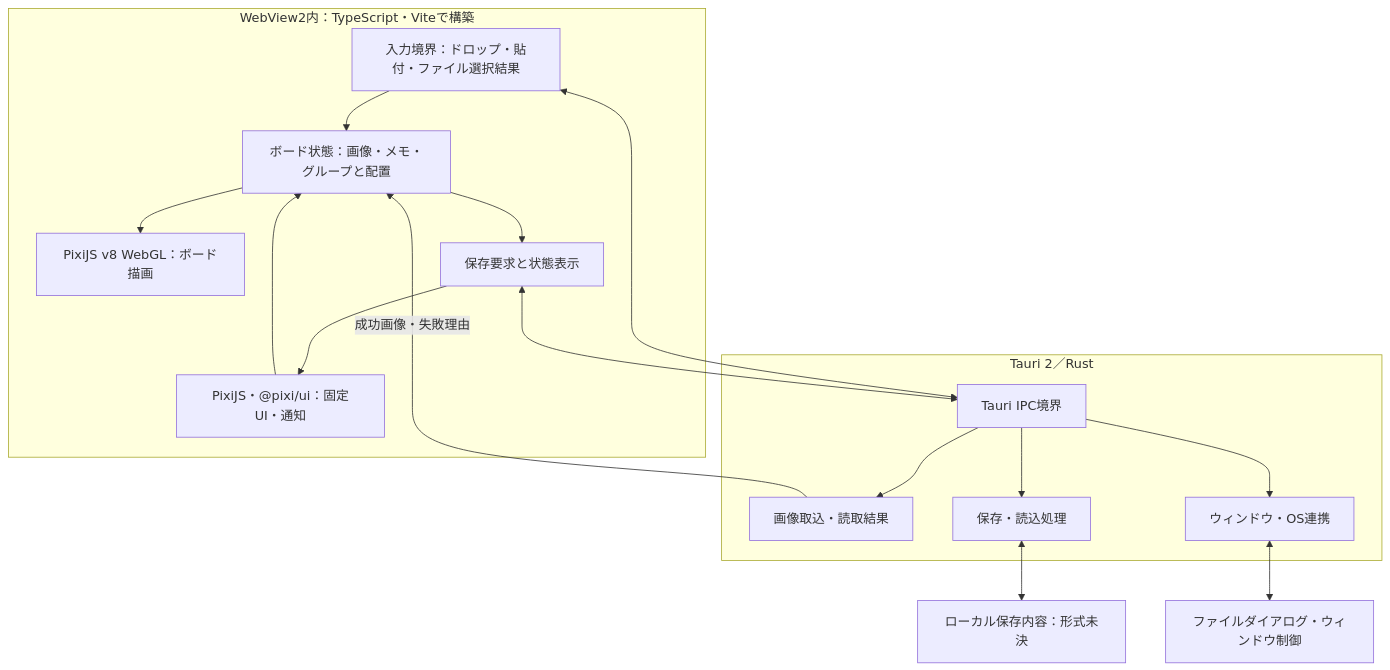
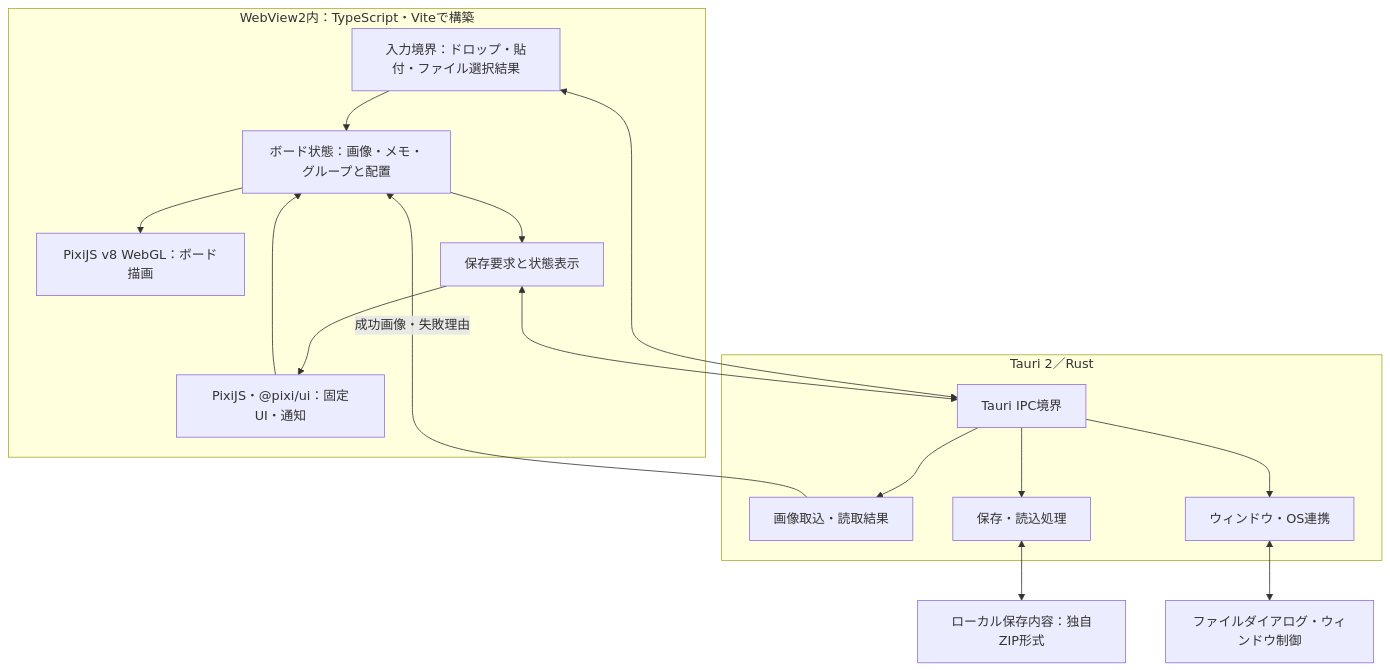
One commit to myzkkzy/reference-app changed the second of 3 diagrams in docs/product-design/architecture.md. Above: the diagram before and after it, drawn with Mermaid. The commit also changed other lines of this file and 7 other files, not shown here.

````diff
--- a/docs/product-design/architecture.md
+++ b/docs/product-design/architecture.md
@@ -52,29 +53,29 @@
 ```mermaid
 flowchart TB
     subgraph front["WebView2内：TypeScript・Viteで構築"]
         input["入力境界：ドロップ・貼付・ファイル選択結果"]
         board["ボード状態：画像・メモ・グループと配置"]
         canvas["PixiJS v8 WebGL：ボード描画"]
         ui["PixiJS・@pixi/ui：固定UI・通知"]
         save["保存要求と状態表示"]
         input --> board
         board --> canvas
         board --> save
         ui --> board
         save --> ui
     end
     subgraph native["Tauri 2／Rust"]
         bridge["Tauri IPC境界"]
         importer["画像取込・読取結果"]
         storage["保存・読込処理"]
         window["ウィンドウ・OS連携"]
         bridge --> importer
         bridge --> storage
         bridge --> window
     end
     input <--> bridge
     save <--> bridge
     importer -->|"成功画像・失敗理由"| board
-    storage <--> disk["ローカル保存内容：形式未決"]
+    storage <--> disk["ローカル保存内容：独自ZIP形式"]
     window <--> os["ファイルダイアログ・ウィンドウ制御"]
 ```
````
